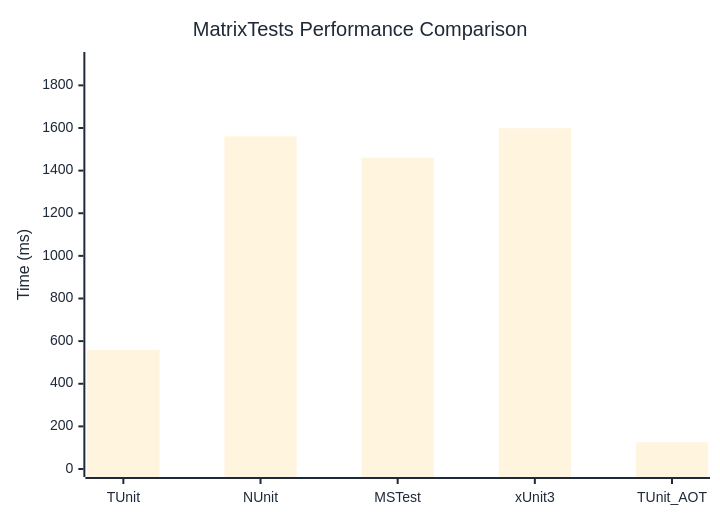
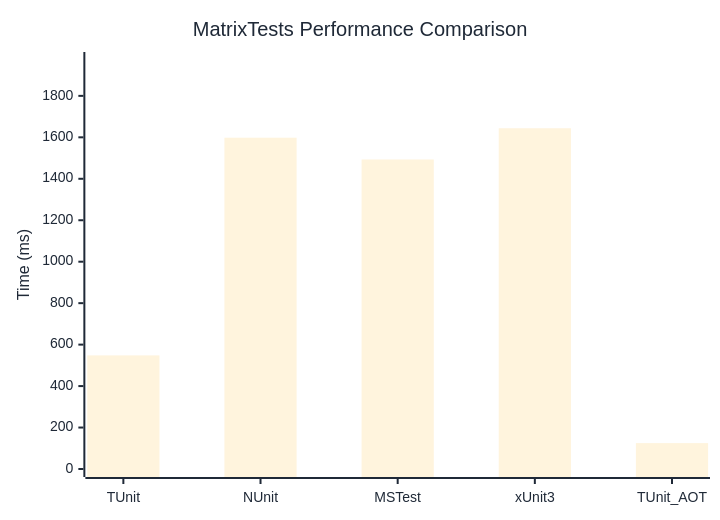
The diagram in docs/docs/benchmarks/MatrixTests.md (thomhurst/TUnit), drawn with Mermaid before and after one commit. The commit also changed other lines of this file and 17 other files, not shown here.

````diff
--- a/docs/docs/benchmarks/MatrixTests.md
+++ b/docs/docs/benchmarks/MatrixTests.md
@@ -27,37 +27,37 @@
 ```mermaid
 %%{init: {
   'theme':'base',
   'themeVariables': {
     'primaryColor': '#2563eb',
     'primaryTextColor': '#1f2937',
     'primaryBorderColor': '#1e40af',
     'lineColor': '#6b7280',
     'secondaryColor': '#7c3aed',
     'tertiaryColor': '#dc2626',
     'background': '#ffffff',
     'mainBkg': '#2563eb',
     'secondBkg': '#7c3aed',
     'tertiaryBkg': '#dc2626',
     'clusterBkg': '#f3f4f6',
     'edgeLabelBackground': '#ffffff',
     'tertiaryTextColor': '#1f2937',
     'pie1': '#2563eb',
     'pie2': '#7c3aed',
     'pie3': '#dc2626',
     'pie4': '#f59e0b',
     'pie5': '#10b981',
     'pie6': '#06b6d4',
     'pie7': '#ec4899',
     'pie8': '#6366f1',
     'pie9': '#84cc16',
     'pie10': '#f97316',
     'pie11': '#14b8a6',
     'pie12': '#a855f7'
   }
 }}%%
 xychart-beta
   title "MatrixTests Performance Comparison"
   x-axis ["TUnit", "NUnit", "MSTest", "xUnit3", "TUnit_AOT"]
-  y-axis "Time (ms)" 0 --> 1919
-  bar [558.3, 1561, 1460.9, 1598.8, 125.7]
+  y-axis "Time (ms)" 0 --> 1973
+  bar [548.1, 1598.1, 1493.1, 1643.8, 124.9]
 ```
````
